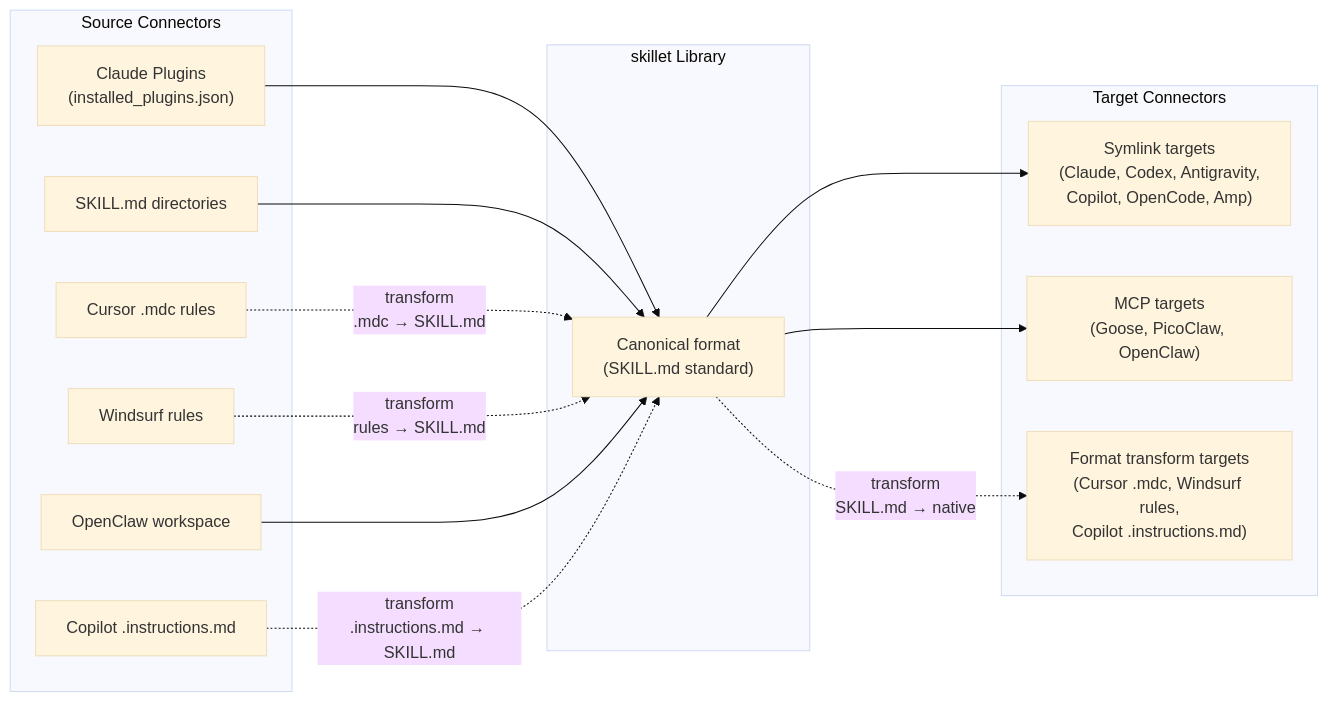
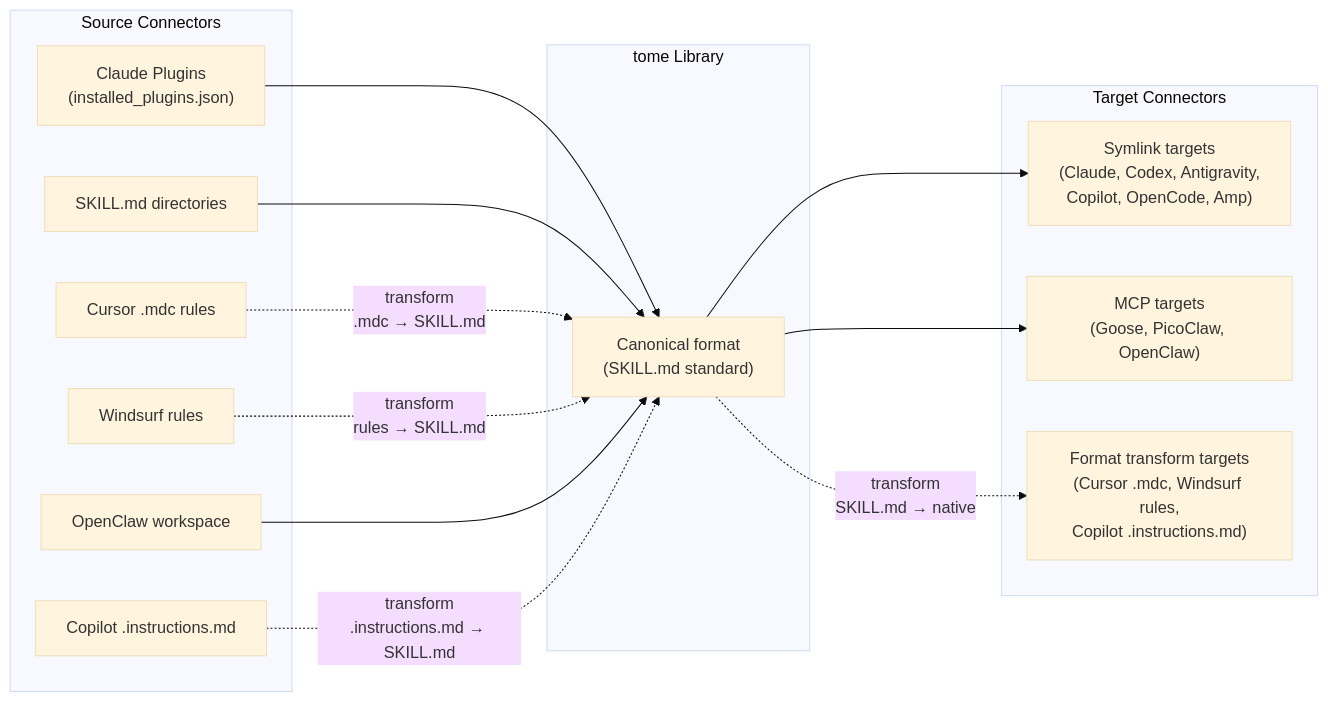
Before and after one commit to MartinP7r/tome: the third of 3 diagrams in docs/src/tool-landscape.md, drawn with Mermaid (base theme). The commit also changed other lines of this file and 26 other files, not shown here.

First line of the commit message:
Rename skillet → tome across the entire codebase

````diff
--- a/docs/src/tool-landscape.md
+++ b/docs/src/tool-landscape.md
@@ -1231,32 +1231,32 @@
 ```mermaid
 graph LR
     subgraph "Source Connectors"
         S1["Claude Plugins<br/>(installed_plugins.json)"]
         S2["SKILL.md directories"]
         S3["Cursor .mdc rules"]
         S4["Windsurf rules"]
         S5["OpenClaw workspace"]
         S6["Copilot .instructions.md"]
     end
 
-    subgraph "skillet Library"
+    subgraph "tome Library"
         L["Canonical format<br/>(SKILL.md standard)"]
     end
 
     subgraph "Target Connectors"
         T1["Symlink targets<br/>(Claude, Codex, Antigravity,<br/>Copilot, OpenCode, Amp)"]
         T2["MCP targets<br/>(Goose, PicoClaw, OpenClaw)"]
         T3["Format transform targets<br/>(Cursor .mdc, Windsurf rules,<br/>Copilot .instructions.md)"]
     end
 
     S1 --> L
     S2 --> L
     S3 -. "transform<br/>.mdc → SKILL.md" .-> L
     S4 -. "transform<br/>rules → SKILL.md" .-> L
     S5 --> L
     S6 -. "transform<br/>.instructions.md → SKILL.md" .-> L
 
     L --> T1
     L --> T2
     L -. "transform<br/>SKILL.md → native" .-> T3
 ```
````
